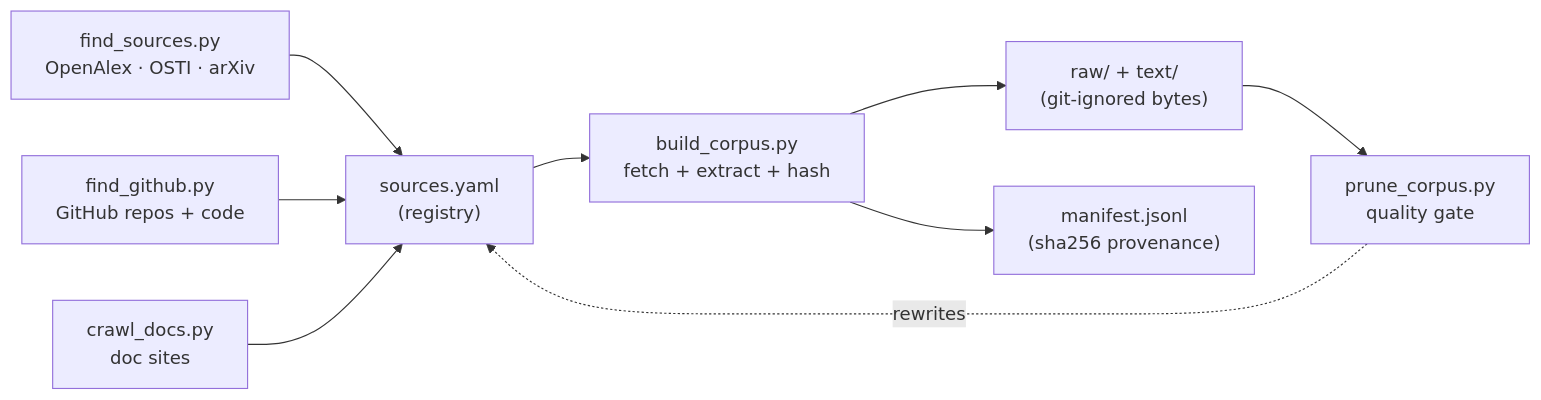
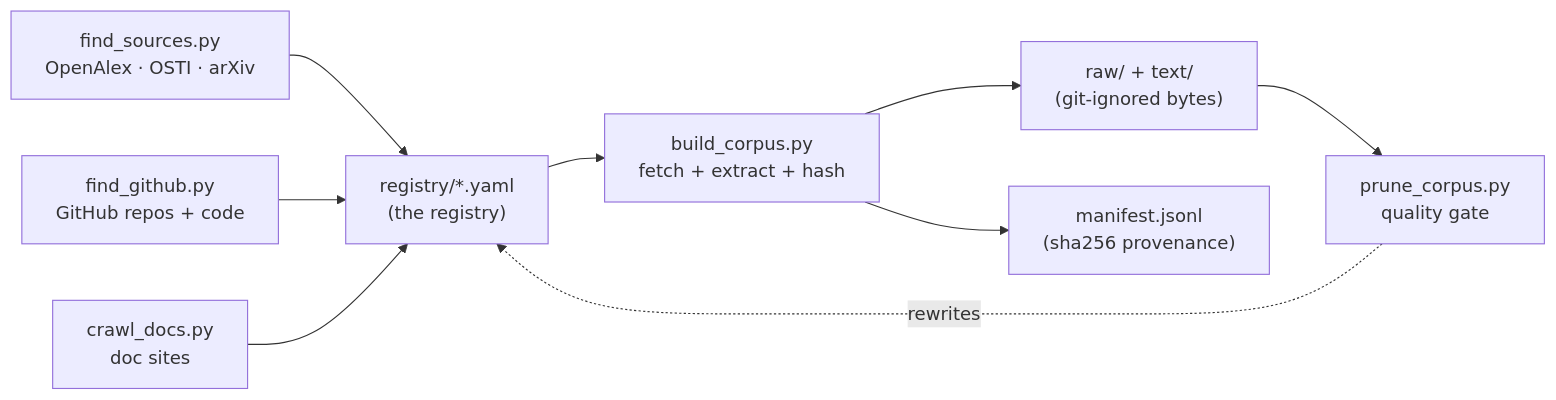
Before and after one commit to OpenNekaise/nekaise-corpus: the diagram in README.md, drawn with Mermaid. The commit also changed other lines of this file and 35 other files, not shown here.

````diff
--- a/README.md
+++ b/README.md
@@ -63,11 +63,11 @@
 ```mermaid
 flowchart LR
     F["find_sources.py<br/>OpenAlex · OSTI · arXiv"] --> S
     G["find_github.py<br/>GitHub repos + code"] --> S
     C["crawl_docs.py<br/>doc sites"] --> S
-    S["sources.yaml<br/>(registry)"] --> B["build_corpus.py<br/>fetch + extract + hash"]
+    S["registry/*.yaml<br/>(the registry)"] --> B["build_corpus.py<br/>fetch + extract + hash"]
     B --> D["raw/ + text/<br/>(git-ignored bytes)"]
     B --> M["manifest.jsonl<br/>(sha256 provenance)"]
     D --> P["prune_corpus.py<br/>quality gate"]
     P -. "rewrites" .-> S
 ```
````
